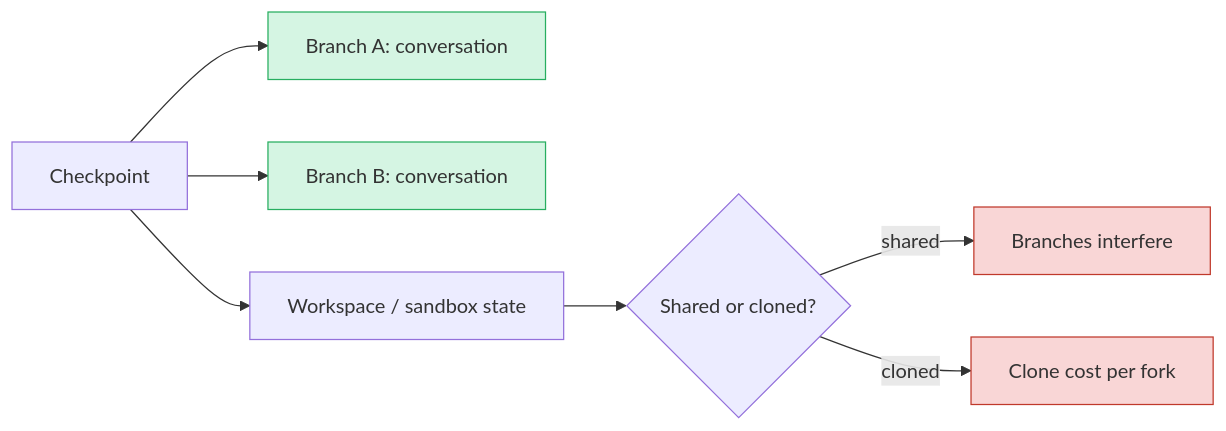
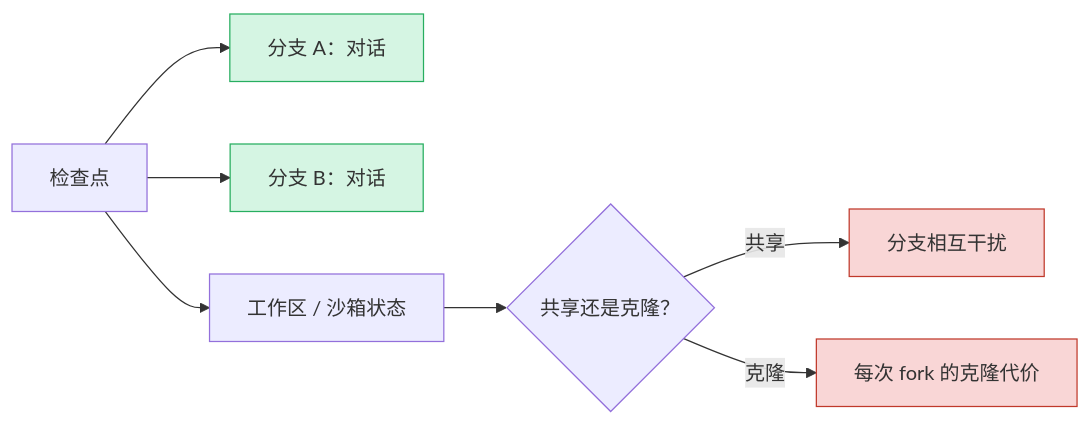
One commit to latere-ai/ai-as-an-infrastructure changed the fourth of 4 diagrams in zh/p5-orchestration/22-memory-systems.qmd. Above: the diagram before and after it, drawn with Mermaid. The commit also changed other lines of this file and 73 other files, not shown here.

First line of the commit message:
book: add concept diagrams across all chapters, bilingual

````diff
--- a/zh/p5-orchestration/22-memory-systems.qmd
+++ b/zh/p5-orchestration/22-memory-systems.qmd
@@ -107,16 +162,18 @@
 ```{mermaid}
+%%| label: fig-memory-branching
+%%| fig-cap: "给对话状态分支是一次廉价的指针操作，而共享工作区则逼出一个二选一：要么分支相互干扰，要么每次 fork 都付克隆代价。"
 graph LR
     classDef easy fill:#d5f5e3,stroke:#27ae60
     classDef hard fill:#f9d6d6,stroke:#c0392b
 
-    CK[Checkpoint]
-    CK --> B1[Branch A: conversation]
-    CK --> B2[Branch B: conversation]
-    CK --> W[Workspace / sandbox state]
-    W --> C{Shared or cloned?}
-    C -->|shared| RACE[Branches interfere]
-    C -->|cloned| COST[Clone cost per fork]
+    CK["检查点"]
+    CK --> B1["分支 A：对话"]
+    CK --> B2["分支 B：对话"]
+    CK --> W["工作区 / 沙箱状态"]
+    W --> C{"共享还是克隆？"}
+    C -->|"共享"| RACE["分支相互干扰"]
+    C -->|"克隆"| COST["每次 fork 的克隆代价"]
 
     class B1,B2 easy
     class RACE,COST hard
 ```
````
